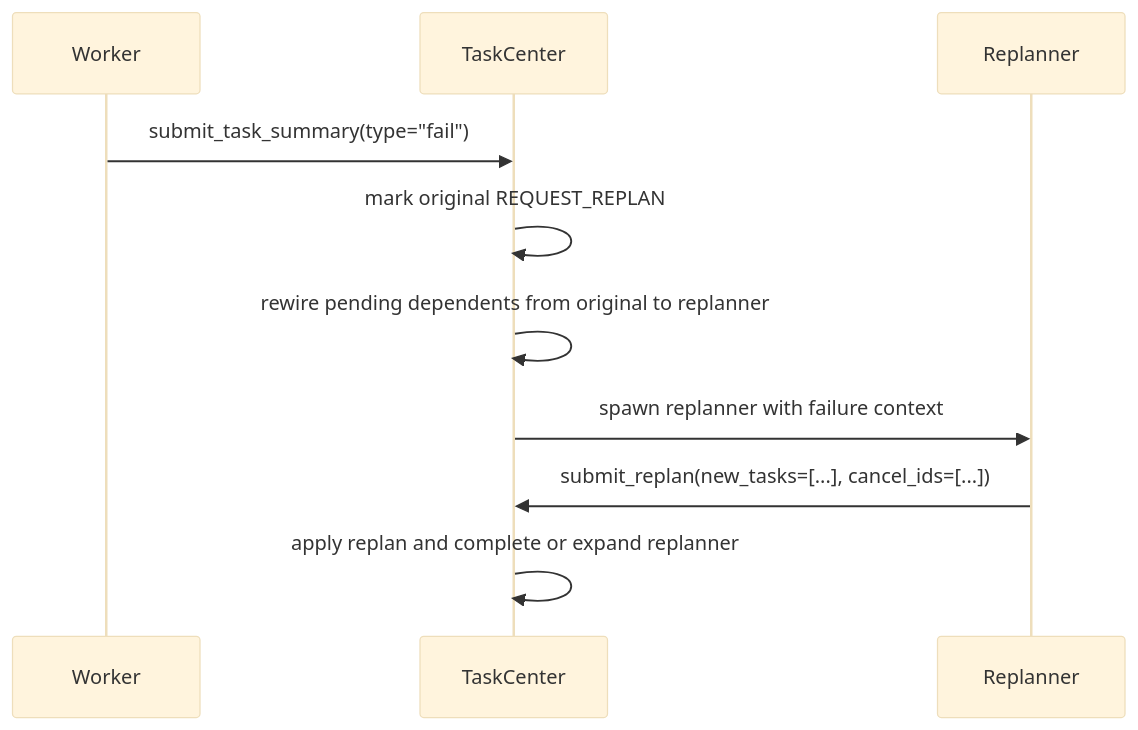
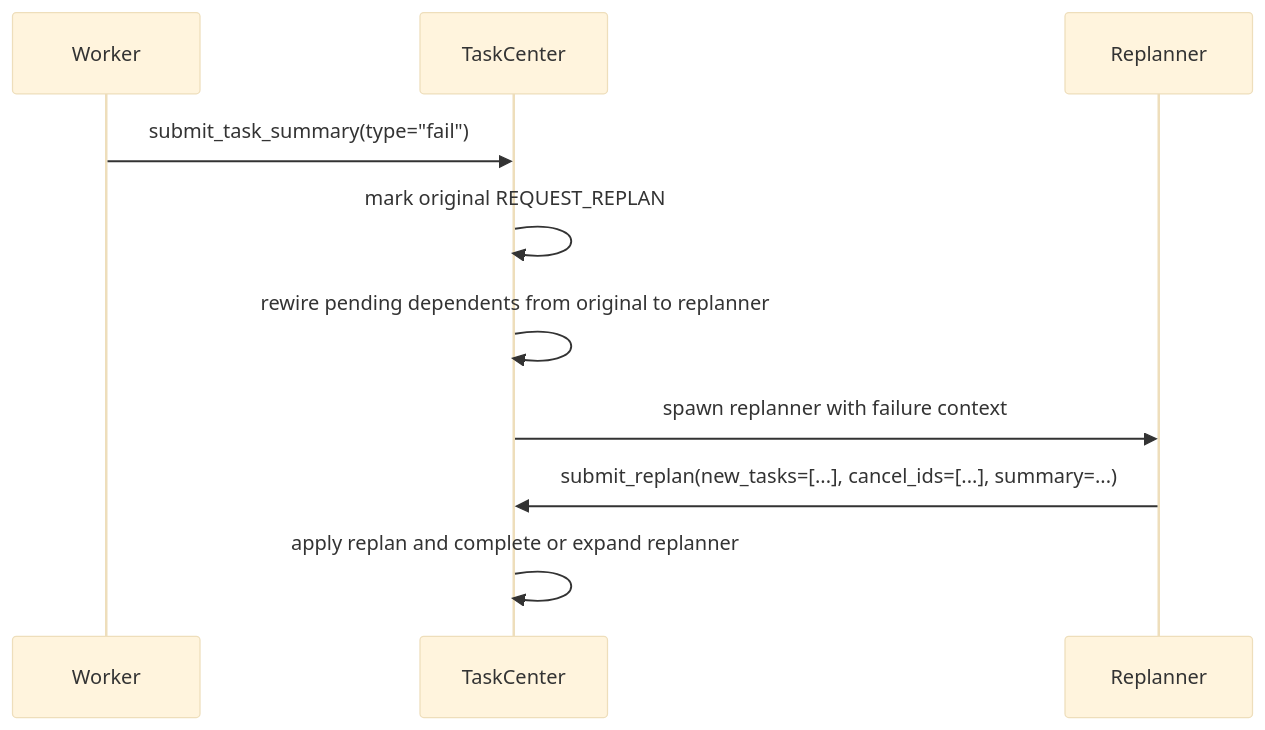
The second of 2 diagrams in docs/architecture/team-coordination.md (Ephemeral-AI-Lab/ephemeral-os), drawn with Mermaid (base theme) before and after one commit. The commit also changed other lines of this file and 20 other files, not shown here.

````diff
--- a/docs/architecture/team-coordination.md
+++ b/docs/architecture/team-coordination.md
@@ -25,13 +25,13 @@
 ```mermaid
 sequenceDiagram
     participant Worker
     participant TaskCenter
     participant Replanner
 
     Worker->>TaskCenter: submit_task_summary(type="fail")
     TaskCenter->>TaskCenter: mark original REQUEST_REPLAN
     TaskCenter->>TaskCenter: rewire pending dependents from original to replanner
     TaskCenter->>Replanner: spawn replanner with failure context
-    Replanner->>TaskCenter: submit_replan(new_tasks=[...], cancel_ids=[...])
+    Replanner->>TaskCenter: submit_replan(new_tasks=[...], cancel_ids=[...], summary=...)
     TaskCenter->>TaskCenter: apply replan and complete or expand replanner
 ```
````
